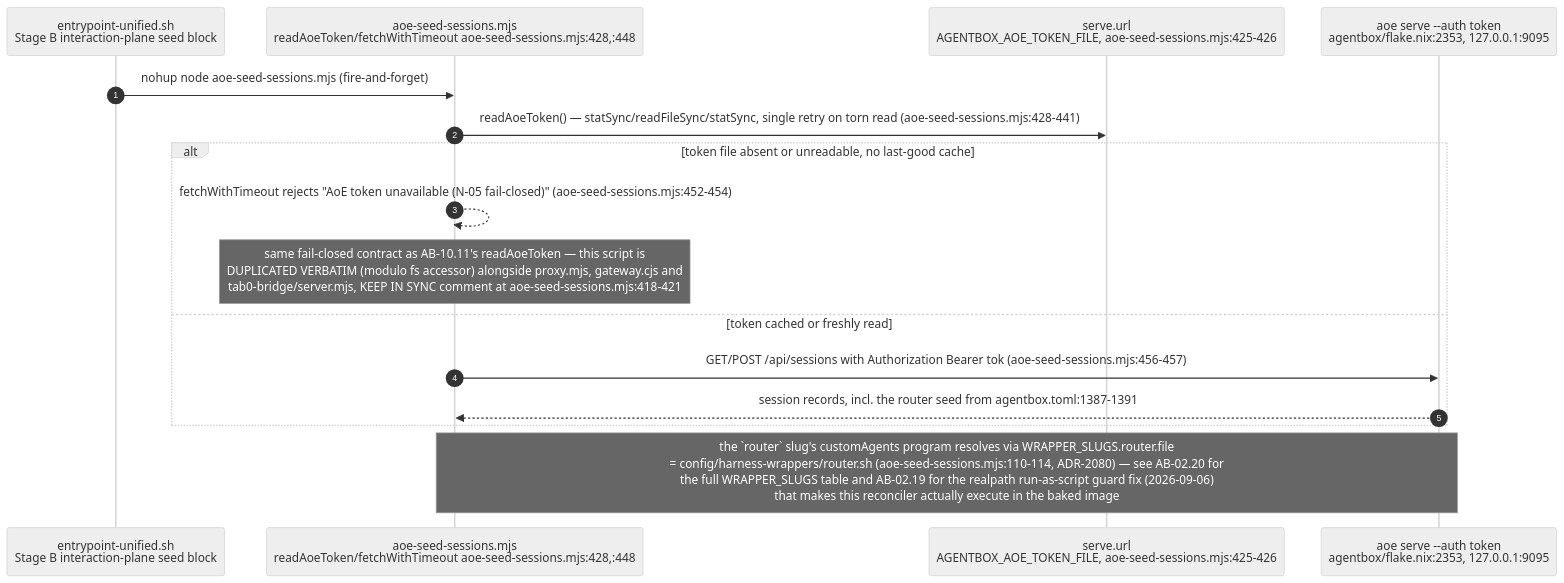
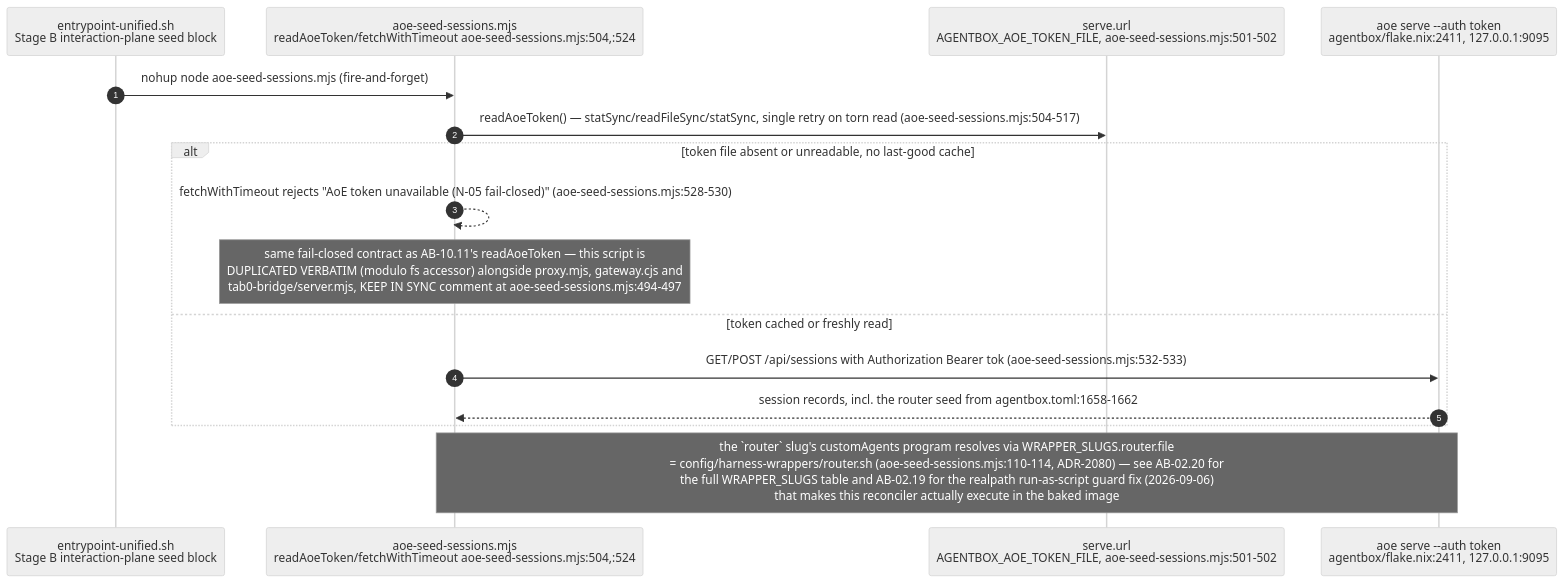
Diagram 13 of 15 in docs/diagrams/agentbox/10-ingress-nip98-proxy-and-aoe.md (DreamLab-AI/VisionFlow), drawn with Mermaid (neutral theme) before and after one commit. The commit also changed other lines of this file and 28 other files, not shown here.

````diff
--- a/docs/diagrams/agentbox/10-ingress-nip98-proxy-and-aoe.md
+++ b/docs/diagrams/agentbox/10-ingress-nip98-proxy-and-aoe.md
@@ -537,19 +539,19 @@
 ```mermaid
 sequenceDiagram
     autonumber
     participant E as entrypoint-unified.sh<br/>Stage B interaction-plane seed block
-    participant SEED as aoe-seed-sessions.mjs<br/>readAoeToken/fetchWithTimeout aoe-seed-sessions.mjs:428,:448
-    participant FS as serve.url<br/>AGENTBOX_AOE_TOKEN_FILE, aoe-seed-sessions.mjs:425-426
-    participant AOE as aoe serve --auth token<br/>agentbox/flake.nix:2353, 127.0.0.1:9095
+    participant SEED as aoe-seed-sessions.mjs<br/>readAoeToken/fetchWithTimeout aoe-seed-sessions.mjs:504,:524
+    participant FS as serve.url<br/>AGENTBOX_AOE_TOKEN_FILE, aoe-seed-sessions.mjs:501-502
+    participant AOE as aoe serve --auth token<br/>agentbox/flake.nix:2411, 127.0.0.1:9095
 
     E->>SEED: nohup node aoe-seed-sessions.mjs (fire-and-forget)
-    SEED->>FS: readAoeToken() — statSync/readFileSync/statSync, single retry on torn read (aoe-seed-sessions.mjs:428-441)
+    SEED->>FS: readAoeToken() — statSync/readFileSync/statSync, single retry on torn read (aoe-seed-sessions.mjs:504-517)
     alt token file absent or unreadable, no last-good cache
-        SEED-->>SEED: fetchWithTimeout rejects "AoE token unavailable (N-05 fail-closed)" (aoe-seed-sessions.mjs:452-454)
-        Note over SEED: same fail-closed contract as AB-10.11's readAoeToken — this script is<br/>DUPLICATED VERBATIM (modulo fs accessor) alongside proxy.mjs, gateway.cjs and<br/>tab0-bridge/server.mjs, KEEP IN SYNC comment at aoe-seed-sessions.mjs:418-421
+        SEED-->>SEED: fetchWithTimeout rejects "AoE token unavailable (N-05 fail-closed)" (aoe-seed-sessions.mjs:528-530)
+        Note over SEED: same fail-closed contract as AB-10.11's readAoeToken — this script is<br/>DUPLICATED VERBATIM (modulo fs accessor) alongside proxy.mjs, gateway.cjs and<br/>tab0-bridge/server.mjs, KEEP IN SYNC comment at aoe-seed-sessions.mjs:494-497
     else token cached or freshly read
-        SEED->>AOE: GET/POST /api/sessions with Authorization Bearer tok (aoe-seed-sessions.mjs:456-457)
-        AOE-->>SEED: session records, incl. the router seed from agentbox.toml:1387-1391
+        SEED->>AOE: GET/POST /api/sessions with Authorization Bearer tok (aoe-seed-sessions.mjs:532-533)
+        AOE-->>SEED: session records, incl. the router seed from agentbox.toml:1658-1662
     end
     Note over SEED,AOE: the `router` slug's customAgents program resolves via WRAPPER_SLUGS.router.file<br/>= config/harness-wrappers/router.sh (aoe-seed-sessions.mjs:110-114, ADR-2080) — see AB-02.20 for<br/>the full WRAPPER_SLUGS table and AB-02.19 for the realpath run-as-script guard fix (2026-09-06)<br/>that makes this reconciler actually execute in the baked image
 ```
````
